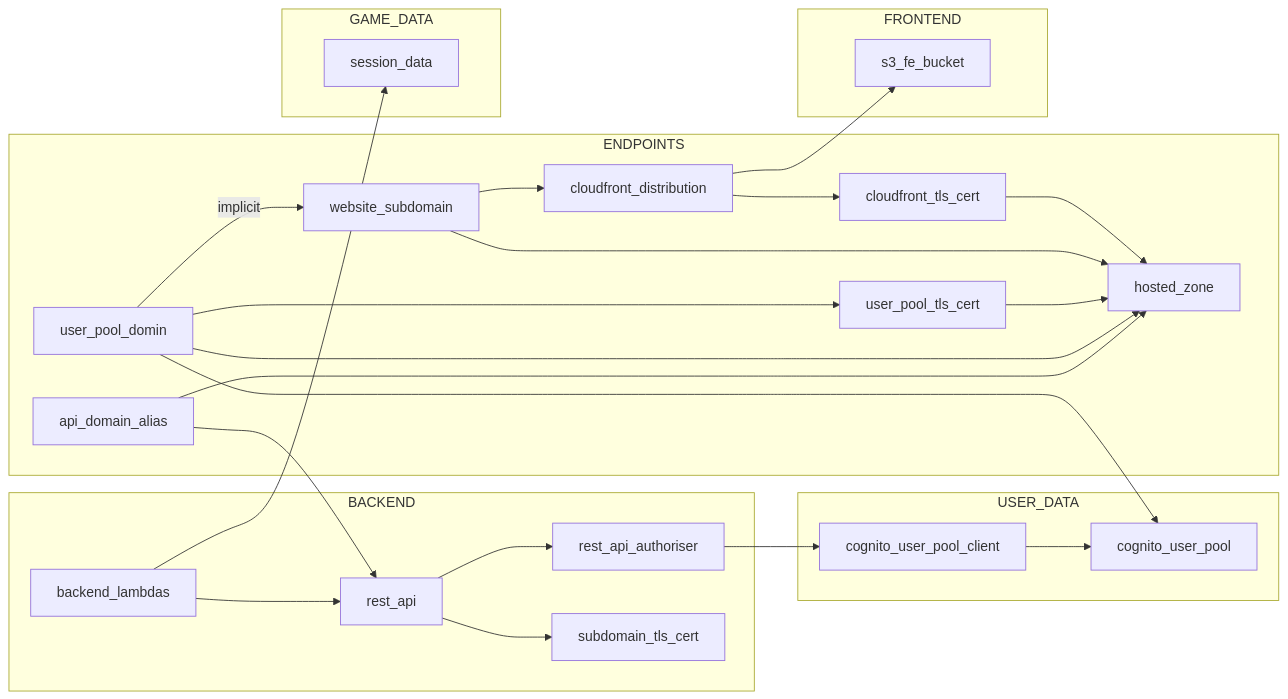
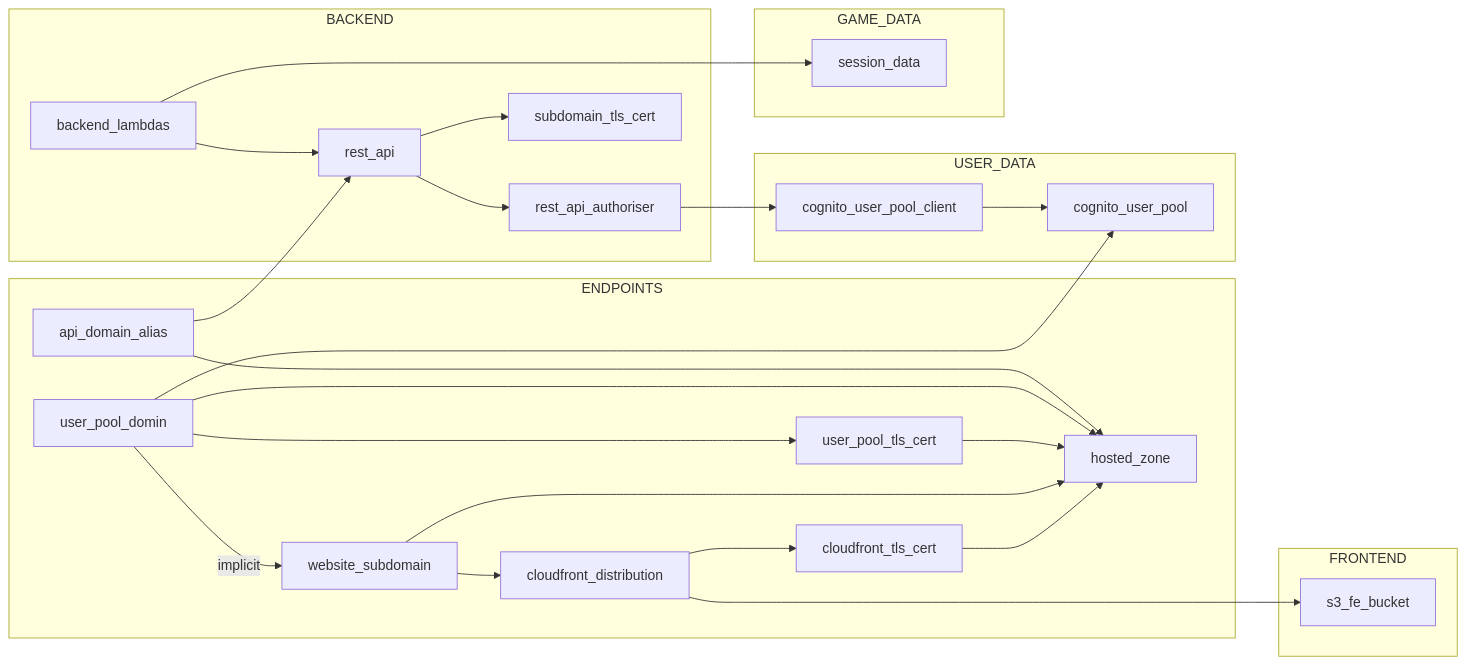
One commit to theUltimateZoltan/TGOB changed the diagram in cards_dev/cards_dev/services_graph.md. Above: the diagram before and after it, drawn with Mermaid. The commit also changed 2 other files, not shown here.

Commit message:
Refactor synthesized

````diff
--- a/cards_dev/cards_dev/services_graph.md
+++ b/cards_dev/cards_dev/services_graph.md
@@ -1,48 +1,48 @@
 ```mermaid
 graph LR
     
     cloudfront_tls_cert-->hosted_zone;
     website_subdomain-->cloudfront_distribution;
     cloudfront_distribution-->cloudfront_tls_cert;
-    cloudfront_distribution-->s3_fe_bucket;
+    cloudfront_distribution---->s3_fe_bucket;
     user_pool_domin--implicit-->website_subdomain;
     website_subdomain-->hosted_zone;
     user_pool_domin-->user_pool_tls_cert;
     user_pool_tls_cert-->hosted_zone;
     user_pool_domin-->hosted_zone;
     api_domain_alias-->rest_api;
     api_domain_alias-->hosted_zone;
     rest_api-->rest_api_authoriser;
     backend_lambdas-->rest_api;
     rest_api-->subdomain_tls_cert;
     rest_api_authoriser-->cognito_user_pool_client;
     cognito_user_pool_client-->cognito_user_pool;
     user_pool_domin-->cognito_user_pool;
-    backend_lambdas-->session_data;
+    backend_lambdas---->session_data;
 
     subgraph ENDPOINTS
         cloudfront_tls_cert;
-        user_pool_tls_cert;
         hosted_zone;
         cloudfront_distribution;
         user_pool_domin;
+        user_pool_tls_cert;
         api_domain_alias;
         website_subdomain;
     end
     subgraph USER_DATA
         cognito_user_pool_client;
         cognito_user_pool;
     end
     subgraph BACKEND
         rest_api_authoriser;
         rest_api;
         backend_lambdas;
         subdomain_tls_cert;
     end
     subgraph GAME_DATA
         session_data;
     end
     subgraph FRONTEND
         s3_fe_bucket;
     end    
 ```
````
